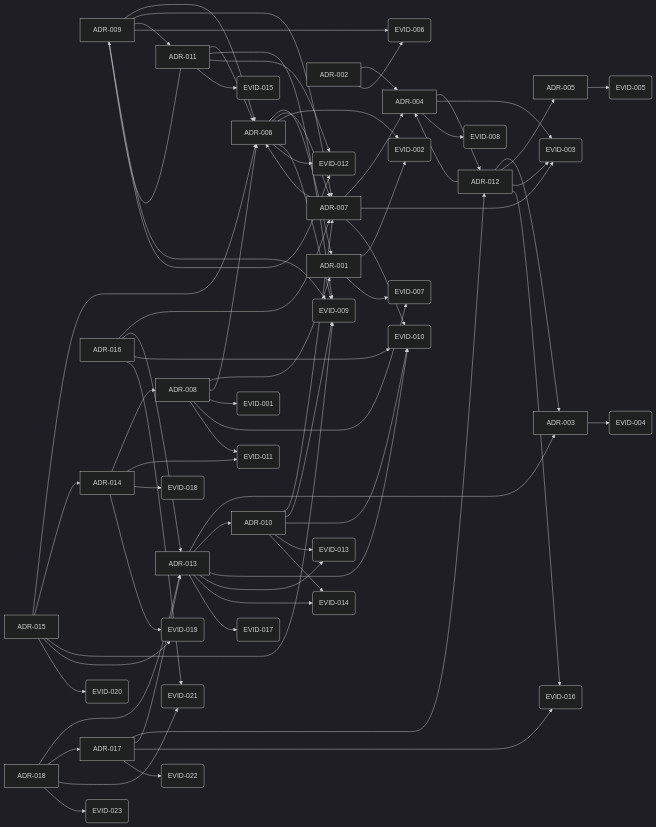
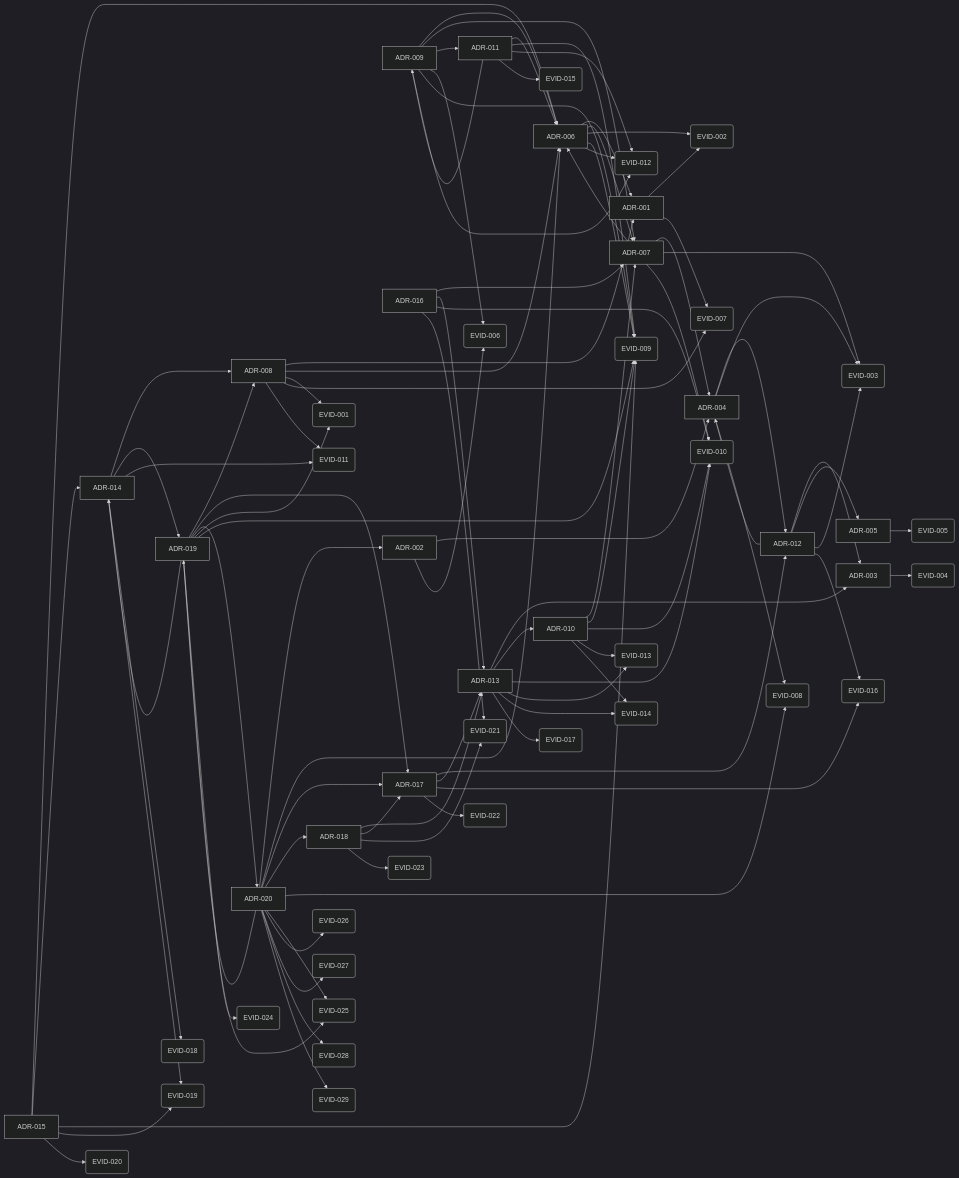
The diagram in GRAPH.md (TeramachiShunsuke/aidd), drawn with Mermaid (dark theme) before and after one commit. The commit also changed other lines of this file and 29 other files, not shown here.

````diff
--- a/GRAPH.md
+++ b/GRAPH.md
@@ -52,6 +52,8 @@
   ADR_016[ADR-016]
   ADR_017[ADR-017]
   ADR_018[ADR-018]
+  ADR_019[ADR-019]
+  ADR_020[ADR-020]
   EVID_001(EVID-001)
   EVID_002(EVID-002)
   EVID_003(EVID-003)
@@ -75,6 +77,12 @@
   EVID_021(EVID-021)
   EVID_022(EVID-022)
   EVID_023(EVID-023)
+  EVID_024(EVID-024)
+  EVID_025(EVID-025)
+  EVID_026(EVID-026)
+  EVID_027(EVID-027)
+  EVID_028(EVID-028)
+  EVID_029(EVID-029)
   ADR_001 --> EVID_002
   ADR_001 --> EVID_007
   ADR_002 --> ADR_004
@@ -126,6 +134,7 @@
   ADR_013 --> EVID_014
   ADR_013 --> EVID_017
   ADR_014 --> ADR_008
+  ADR_014 --> ADR_019
   ADR_014 --> EVID_011
   ADR_014 --> EVID_018
   ADR_014 --> EVID_019
@@ -146,4 +155,23 @@
   ADR_018 --> ADR_017
   ADR_018 --> EVID_021
   ADR_018 --> EVID_023
+  ADR_019 --> ADR_008
+  ADR_019 --> ADR_014
+  ADR_019 --> ADR_017
+  ADR_019 --> ADR_020
+  ADR_019 --> EVID_001
+  ADR_019 --> EVID_009
+  ADR_019 --> EVID_024
+  ADR_019 --> EVID_025
+  ADR_020 --> ADR_002
+  ADR_020 --> ADR_006
+  ADR_020 --> ADR_017
+  ADR_020 --> ADR_018
+  ADR_020 --> ADR_019
+  ADR_020 --> EVID_008
+  ADR_020 --> EVID_025
+  ADR_020 --> EVID_026
+  ADR_020 --> EVID_027
+  ADR_020 --> EVID_028
+  ADR_020 --> EVID_029
 ```
````
